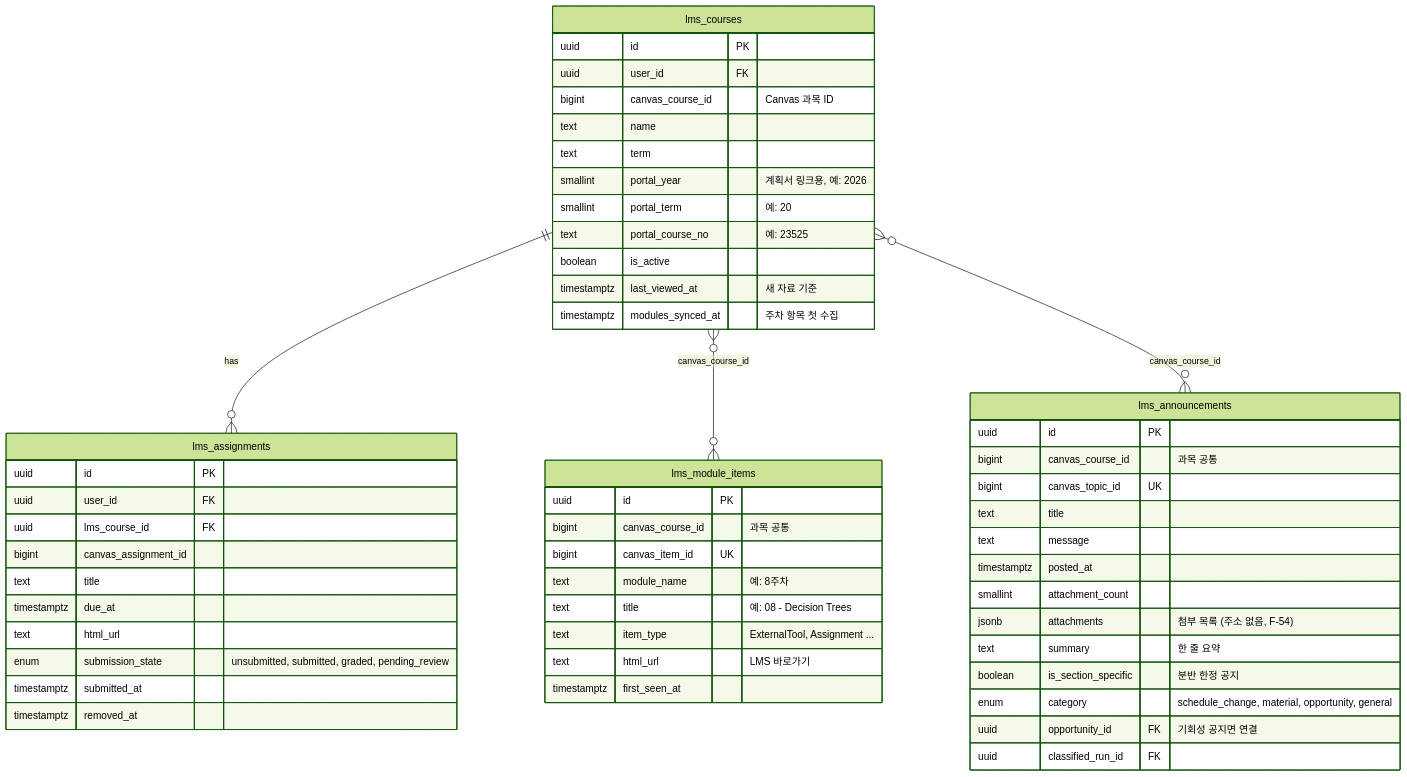
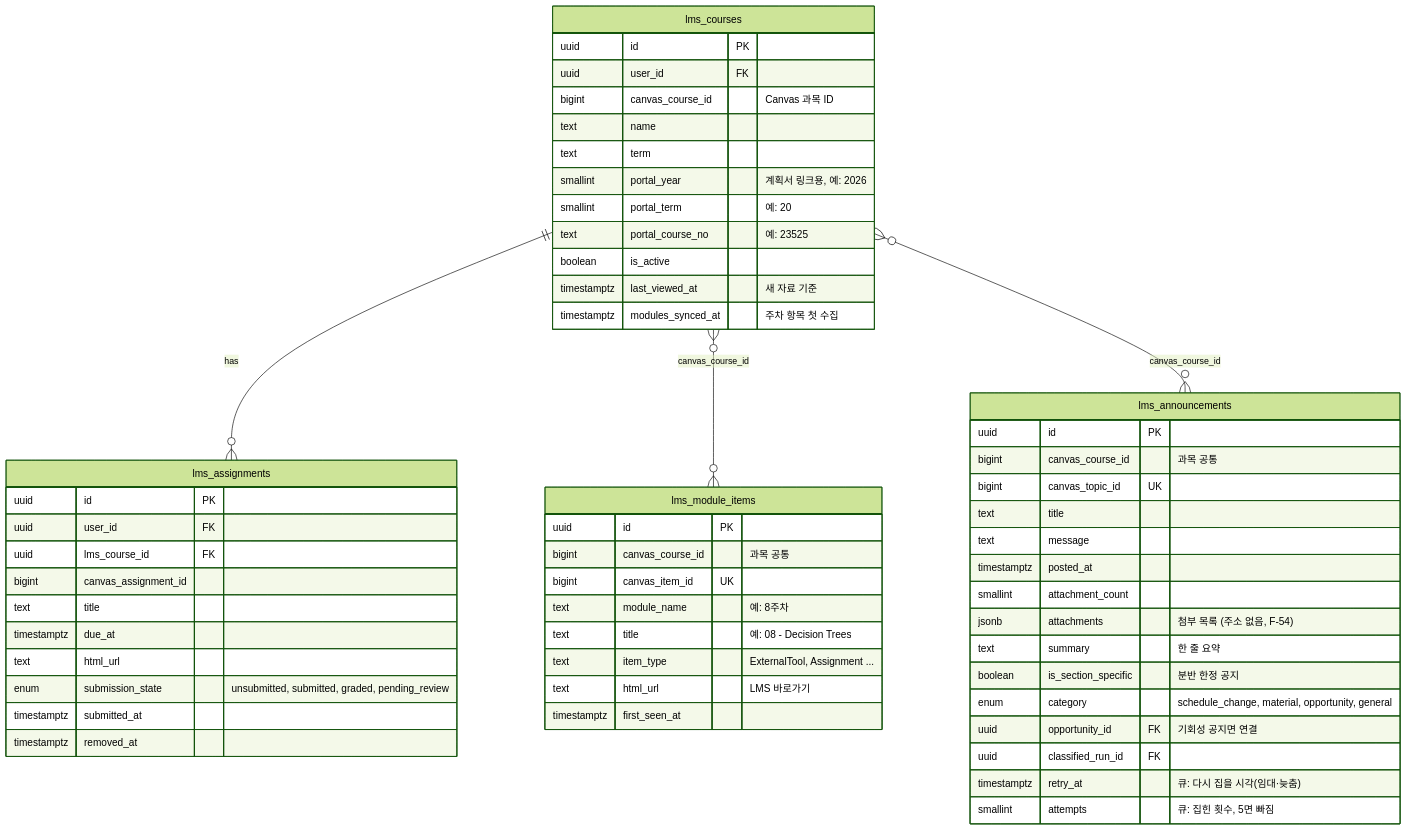
Before and after one commit to Happy623623/Unipivot: the third of 6 diagrams in docs/ERD_v0.9.md, drawn with Mermaid (forest theme). The commit also changed other lines of this file and 6 other files, not shown here.

````diff
--- a/docs/ERD_v0.9.md
+++ b/docs/ERD_v0.9.md
@@ -214,56 +214,58 @@
 ```mermaid
 erDiagram
     lms_courses {
         uuid id PK
         uuid user_id FK
         bigint canvas_course_id "Canvas 과목 ID"
         text name
         text term
         smallint portal_year "계획서 링크용, 예: 2026"
         smallint portal_term "예: 20"
         text portal_course_no "예: 23525"
         boolean is_active
         timestamptz last_viewed_at "새 자료 기준"
         timestamptz modules_synced_at "주차 항목 첫 수집"
     }
     lms_assignments {
         uuid id PK
         uuid user_id FK
         uuid lms_course_id FK
         bigint canvas_assignment_id
         text title
         timestamptz due_at
         text html_url
         enum submission_state "unsubmitted, submitted, graded, pending_review"
         timestamptz submitted_at
         timestamptz removed_at
     }
     lms_module_items {
         uuid id PK
         bigint canvas_course_id "과목 공통"
         bigint canvas_item_id UK
         text module_name "예: 8주차"
         text title "예: 08 - Decision Trees"
         text item_type "ExternalTool, Assignment ..."
         text html_url "LMS 바로가기"
         timestamptz first_seen_at
     }
     lms_announcements {
         uuid id PK
         bigint canvas_course_id "과목 공통"
         bigint canvas_topic_id UK
         text title
         text message
         timestamptz posted_at
         smallint attachment_count
         jsonb attachments "첨부 목록 (주소 없음, F-54)"
         text summary "한 줄 요약"
         boolean is_section_specific "분반 한정 공지"
         enum category "schedule_change, material, opportunity, general"
         uuid opportunity_id FK "기회성 공지면 연결"
         uuid classified_run_id FK
+        timestamptz retry_at "큐: 다시 집을 시각(임대·늦춤)"
+        smallint attempts "큐: 집힌 횟수, 5면 빠짐"
     }
     lms_courses ||--o{ lms_assignments : "has"
     lms_courses }o--o{ lms_module_items : "canvas_course_id"
     lms_courses }o--o{ lms_announcements : "canvas_course_id"
 ```
````
